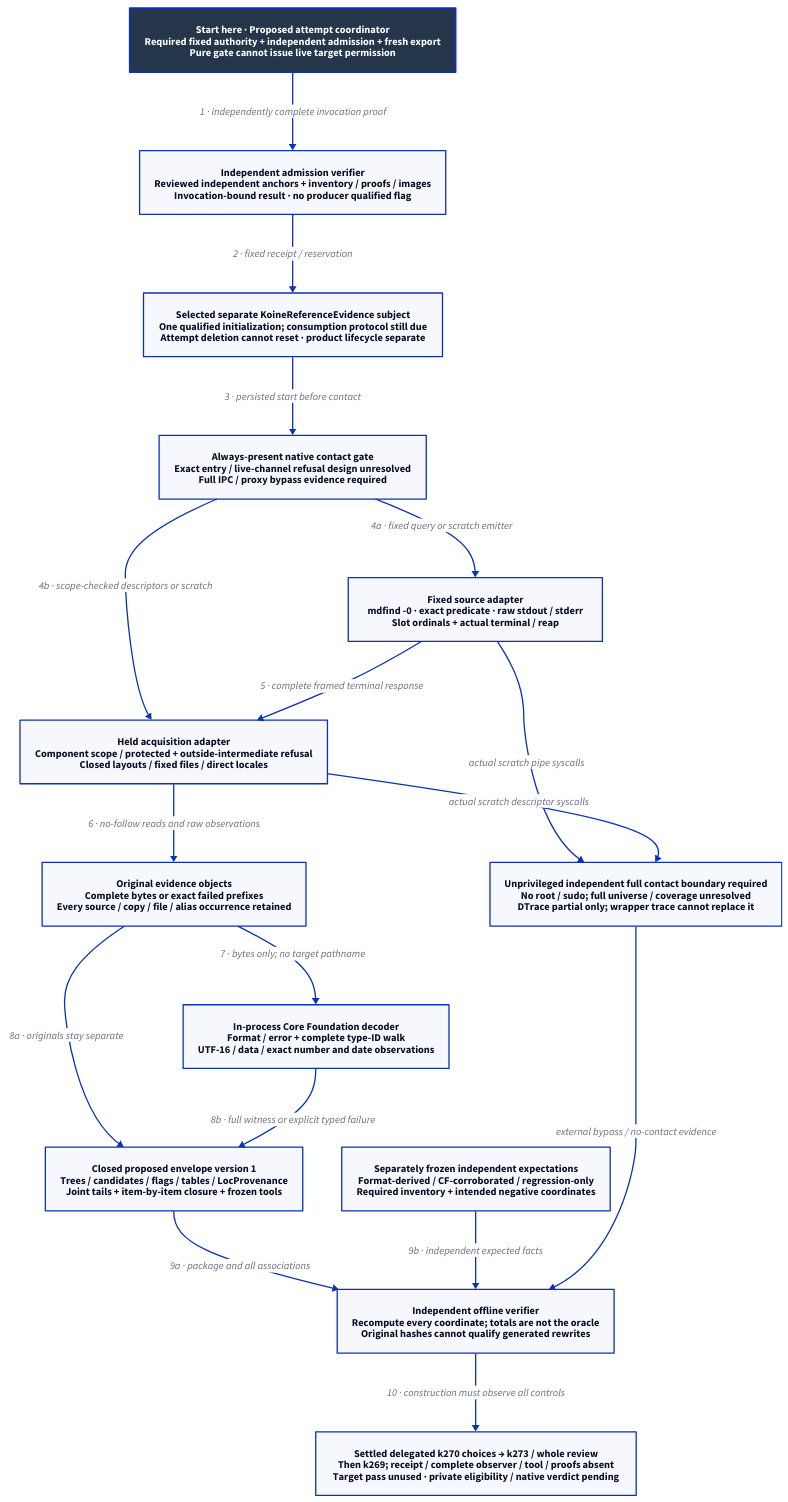
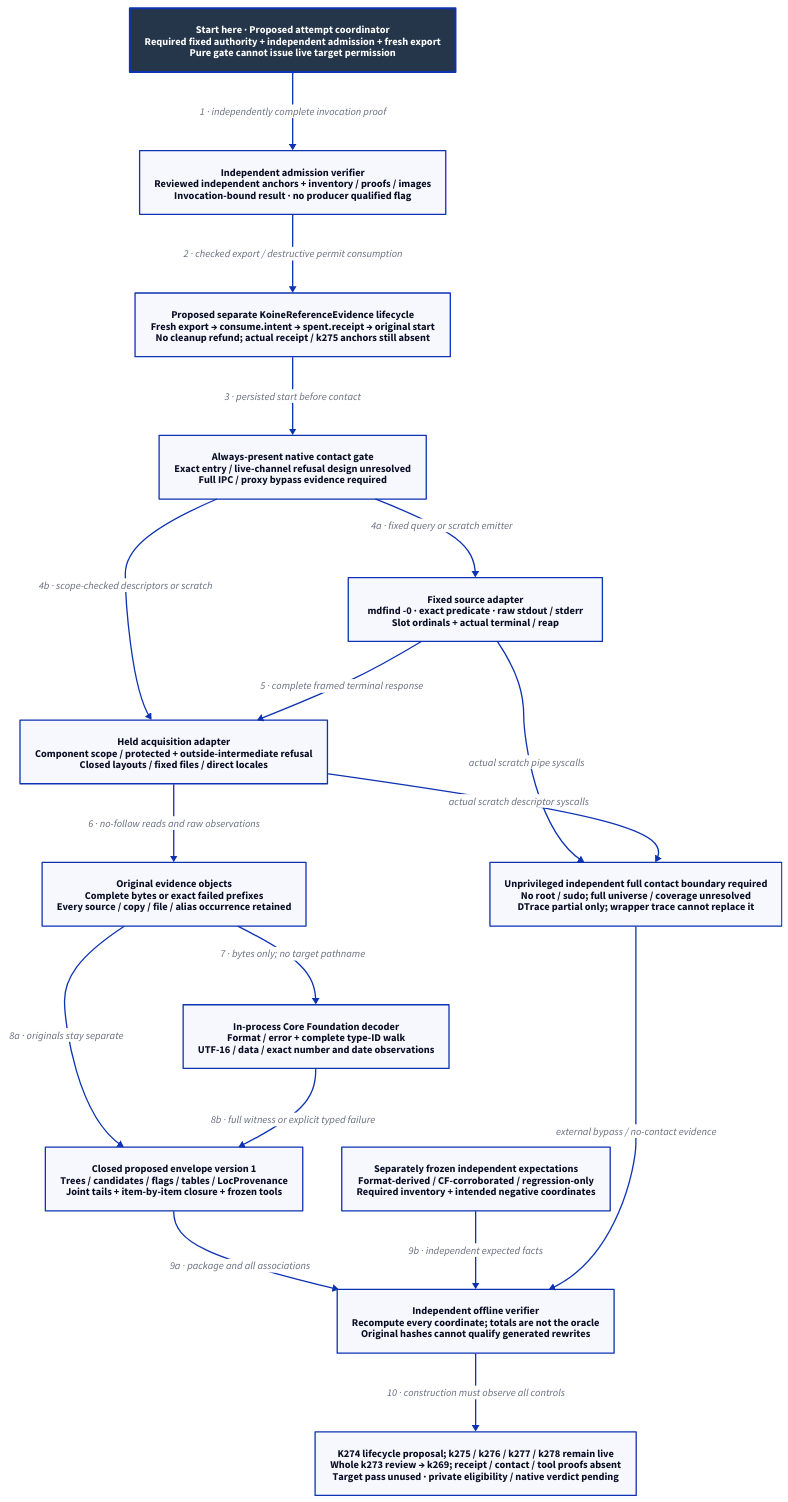
The diagram in docs/design/architecture/native-reference-instrument.d2 (Linkuistics/Koine), drawn with D2 before and after one commit. The commit also changed 17 other files, not shown here.

Commit message:
Design one-time evidence authority lifecycle (reference-evidence-authority-consumption-k274; reference-evidence-admission-repair-k273)

```diff
--- a/docs/design/architecture/native-reference-instrument.d2
+++ b/docs/design/architecture/native-reference-instrument.d2
@@ -1,34 +1,34 @@
 # Proposed evidence-tool components; none is implemented or qualified by this design.
 direction: down
 classes: {
   start: {style: {fill: "#25364B"; font-color: "#FFFFFF"; bold: true; stroke-width: 3}}
 }
 Start: "Start here · Proposed attempt coordinator\nRequired fixed authority + independent admission + fresh export\nPure gate cannot issue live target permission" {class: start}
 Admission: "Independent admission verifier\nReviewed independent anchors + inventory / proofs / images\nInvocation-bound result · no producer qualified flag"
-Authority: "Selected separate KoineReferenceEvidence subject\nOne qualified initialization; consumption protocol still due\nAttempt deletion cannot reset · product lifecycle separate"
+Authority: "Proposed separate KoineReferenceEvidence lifecycle\nFresh export → consume.intent → spent.receipt → original start\nNo cleanup refund; actual receipt / k275 anchors still absent"
 Gate: "Always-present native contact gate\nExact entry / live-channel refusal design unresolved\nFull IPC / proxy bypass evidence required"
 Source: "Fixed source adapter\nmdfind -0 · exact predicate · raw stdout / stderr\nSlot ordinals + actual terminal / reap"
 Held: "Held acquisition adapter\nComponent scope / protected + outside-intermediate refusal\nClosed layouts / fixed files / direct locales"
 Objects: "Original evidence objects\nComplete bytes or exact failed prefixes\nEvery source / copy / file / alias occurrence retained"
 Decoder: "In-process Core Foundation decoder\nFormat / error + complete type-ID walk\nUTF-16 / data / exact number and date observations"
 Envelope: "Closed proposed envelope version 1\nTrees / candidates / flags / tables / LocProvenance\nJoint tails + item-by-item closure + frozen tools"
 Oracle: "Separately frozen independent expectations\nFormat-derived / CF-corroborated / regression-only\nRequired inventory + intended negative coordinates"
 Observer: "Unprivileged independent full contact boundary required\nNo root / sudo; full universe / coverage unresolved\nDTrace partial only; wrapper trace cannot replace it"
 Verifier: "Independent offline verifier\nRecompute every coordinate; totals are not the oracle\nOriginal hashes cannot qualify generated rewrites"
-Boundary: "Settled delegated k270 choices → k273 / whole review\nThen k269; receipt / complete observer / tool / proofs absent\nTarget pass unused · private eligibility / native verdict pending"
+Boundary: "K274 lifecycle proposal; k275 / k276 / k277 / k278 remain live\nWhole k273 review → k269; receipt / contact / tool proofs absent\nTarget pass unused · private eligibility / native verdict pending"
 Start -> Admission: "1 · independently complete invocation proof"
-Admission -> Authority: "2 · fixed receipt / reservation"
+Admission -> Authority: "2 · checked export / destructive permit consumption"
 Authority -> Gate: "3 · persisted start before contact"
 Gate -> Source: "4a · fixed query or scratch emitter"
 Gate -> Held: "4b · scope-checked descriptors or scratch"
 Source -> Held: "5 · complete framed terminal response"
 Held -> Objects: "6 · no-follow reads and raw observations"
 Objects -> Decoder: "7 · bytes only; no target pathname"
 Objects -> Envelope: "8a · originals stay separate"
 Decoder -> Envelope: "8b · full witness or explicit typed failure"
 Envelope -> Verifier: "9a · package and all associations"
 Oracle -> Verifier: "9b · independent expected facts"
 Source -> Observer: "actual scratch pipe syscalls"
 Held -> Observer: "actual scratch descriptor syscalls"
 Observer -> Verifier: "external bypass / no-contact evidence"
 Verifier -> Boundary: "10 · construction must observe all controls"
```
